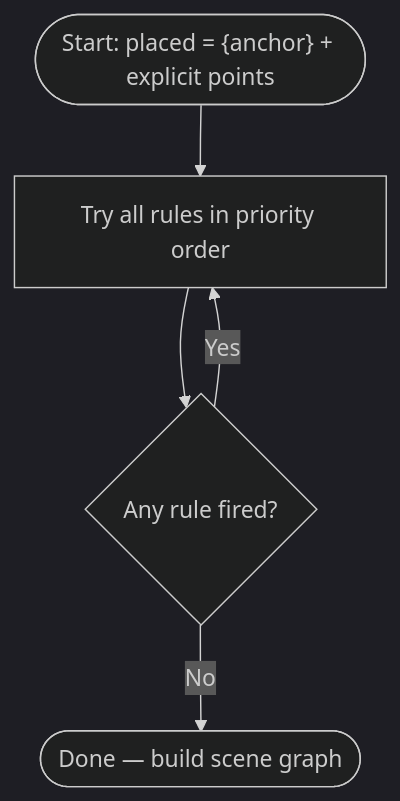
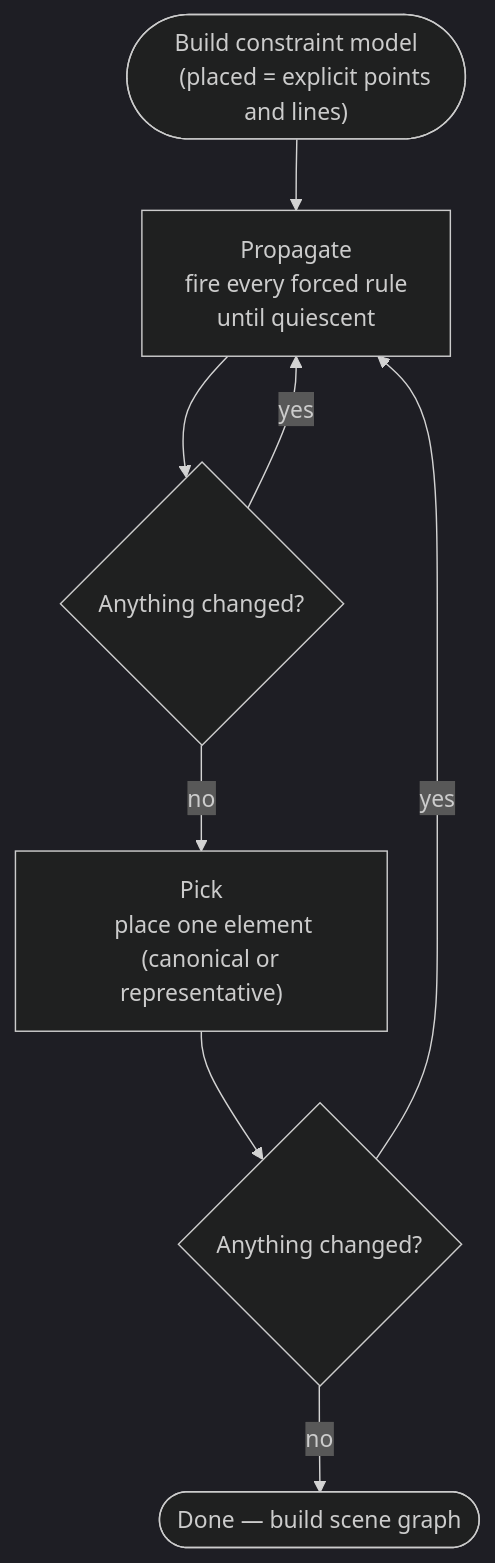
The diagram in docs/solver/placement.md (hey-its-suvi/tilde), drawn with Mermaid (dark theme) before and after one commit. The commit also changed other lines of this file and 8 other files, not shown here.

First line of the commit message:
docs: rewrite solver pages around propagate/pick loop; bump 0.3.22

````diff
--- a/docs/solver/placement.md
+++ b/docs/solver/placement.md
@@ -9,7 +7,15 @@
 ```mermaid
 flowchart TD
-    START(["Start: placed = {anchor} + explicit points"]) --> TRY
-    TRY["Try all rules in priority order"] --> FIRED{Any rule fired?}
-    FIRED -->|Yes| TRY
-    FIRED -->|No| DONE([Done — build scene graph])
+    START(["Build constraint model
+    (placed = explicit points and lines)"]) --> PROP
+    PROP["Propagate
+    fire every forced rule
+    until quiescent"] --> CHK{Anything changed?}
+    CHK -->|yes| PROP
+    CHK -->|no| PICK
+    PICK["Pick
+    place one element
+    (canonical or representative)"] --> PCHK{Anything changed?}
+    PCHK -->|yes| PROP
+    PCHK -->|no| DONE([Done — build scene graph])
 ```
````
